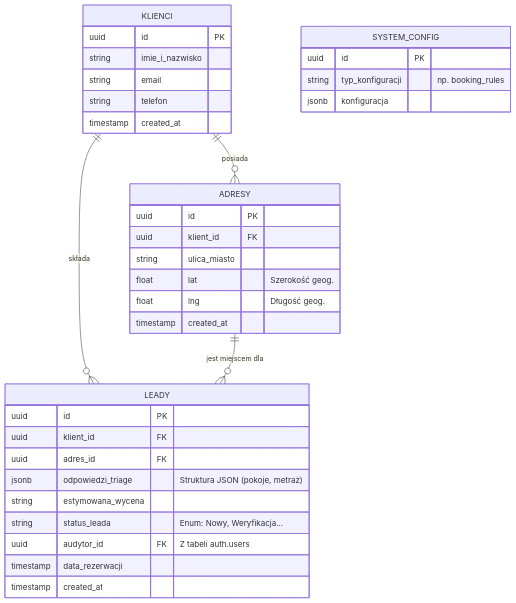
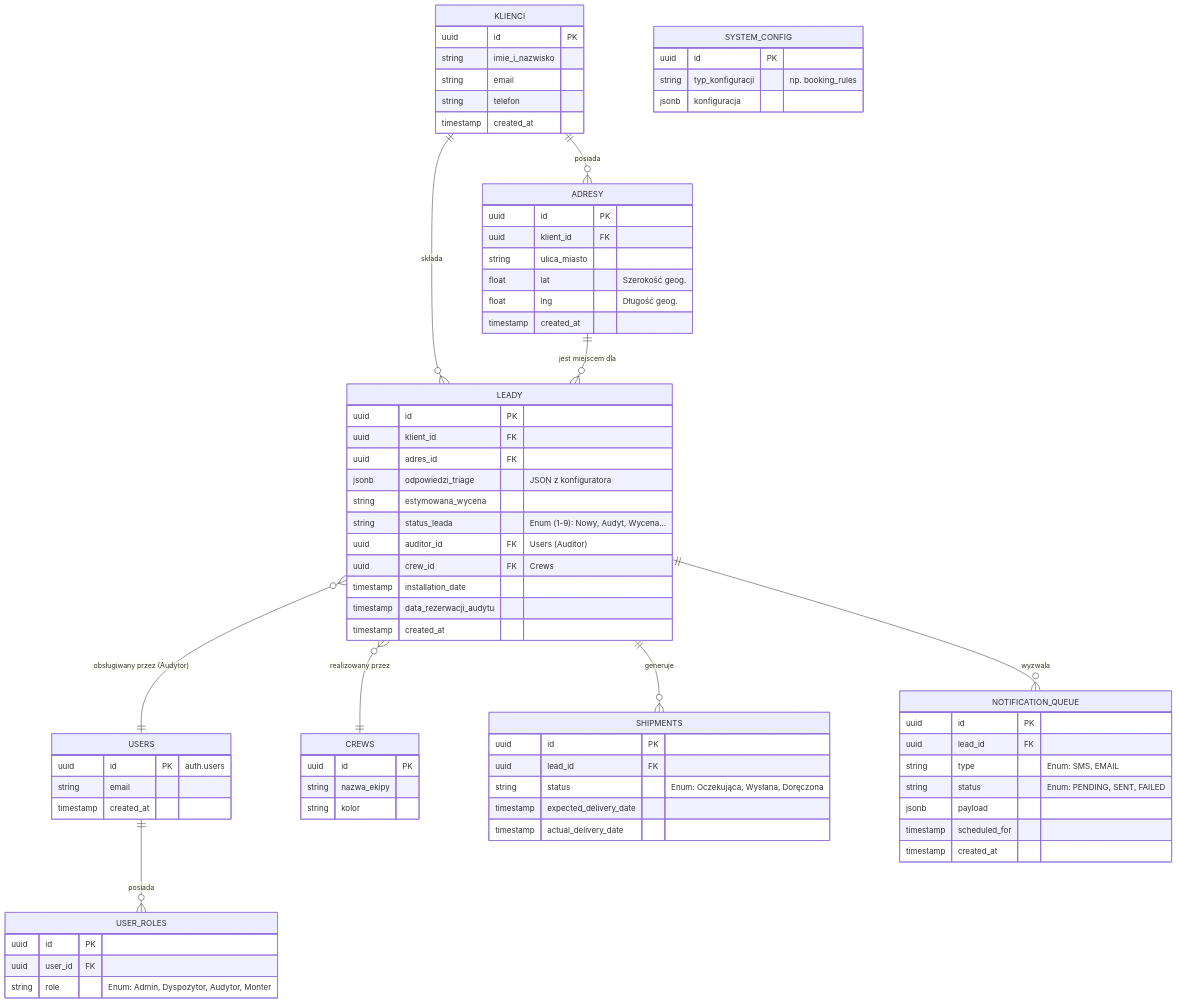
The diagram in turborepo/docs/architecture/database_model.md (aiprojectmanagersznurowski-afk/klikklima-system), drawn with Mermaid before and after one commit. The commit also changed other lines of this file and 2 other files, not shown here.

Commit message:
docs: add comprehensive mermaid diagrams for B2B data architecture and funnel

````diff
--- a/turborepo/docs/architecture/database_model.md
+++ b/turborepo/docs/architecture/database_model.md
@@ -8,5 +7,23 @@
 ```mermaid
 erDiagram
+    USERS {
+        uuid id PK "auth.users"
+        string email
+        timestamp created_at
+    }
+
+    USER_ROLES {
+        uuid id PK
+        uuid user_id FK
+        string role "Enum: Admin, Dyspozytor, Audytor, Monter"
+    }
+
+    CREWS {
+        uuid id PK
+        string nazwa_ekipy
+        string kolor
+    }
+
     KLIENCI {
         uuid id PK
         string imie_i_nazwisko
@@ -28,11 +45,31 @@
         uuid id PK
         uuid klient_id FK
         uuid adres_id FK
-        jsonb odpowiedzi_triage "Struktura JSON (pokoje, metraż)"
+        jsonb odpowiedzi_triage "JSON z konfiguratora"
         string estymowana_wycena
-        string status_leada "Enum: Nowy, Weryfikacja..."
-        uuid audytor_id FK "Z tabeli auth.users"
-        timestamp data_rezerwacji
+        string status_leada "Enum (1-9): Nowy, Audyt, Wycena..."
+        uuid auditor_id FK "Users (Auditor)"
+        uuid crew_id FK "Crews"
+        timestamp installation_date
+        timestamp data_rezerwacji_audytu
+        timestamp created_at
+    }
+
+    SHIPMENTS {
+        uuid id PK
+        uuid lead_id FK
+        string status "Enum: Oczekująca, Wysłana, Doręczona"
+        timestamp expected_delivery_date
+        timestamp actual_delivery_date
+    }
+
+    NOTIFICATION_QUEUE {
+        uuid id PK
+        uuid lead_id FK
+        string type "Enum: SMS, EMAIL"
+        string status "Enum: PENDING, SENT, FAILED"
+        jsonb payload
+        timestamp scheduled_for
         timestamp created_at
     }
 
@@ -42,7 +79,12 @@
         jsonb konfiguracja
     }
 
+    USERS ||--o{ USER_ROLES : "posiada"
     KLIENCI ||--o{ ADRESY : "posiada"
     KLIENCI ||--o{ LEADY : "składa"
     ADRESY ||--o{ LEADY : "jest miejscem dla"
+    LEADY }o--|| USERS : "obsługiwany przez (Audytor)"
+    LEADY }o--|| CREWS : "realizowany przez"
+    LEADY ||--o{ SHIPMENTS : "generuje"
+    LEADY ||--o{ NOTIFICATION_QUEUE : "wyzwala"
 ```
````
